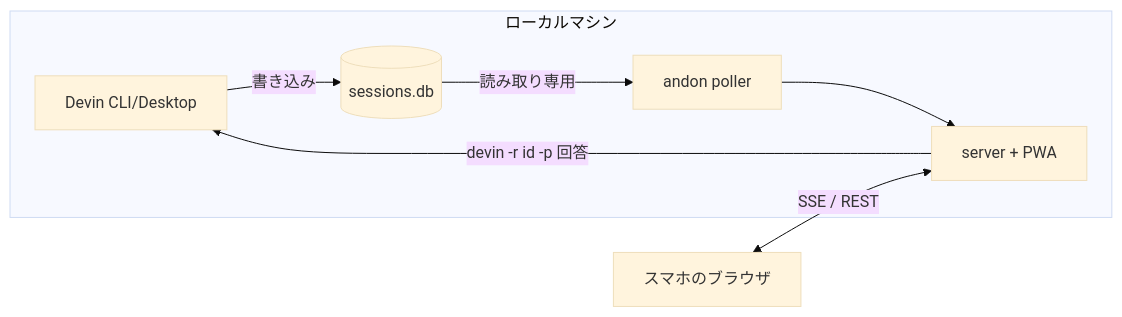
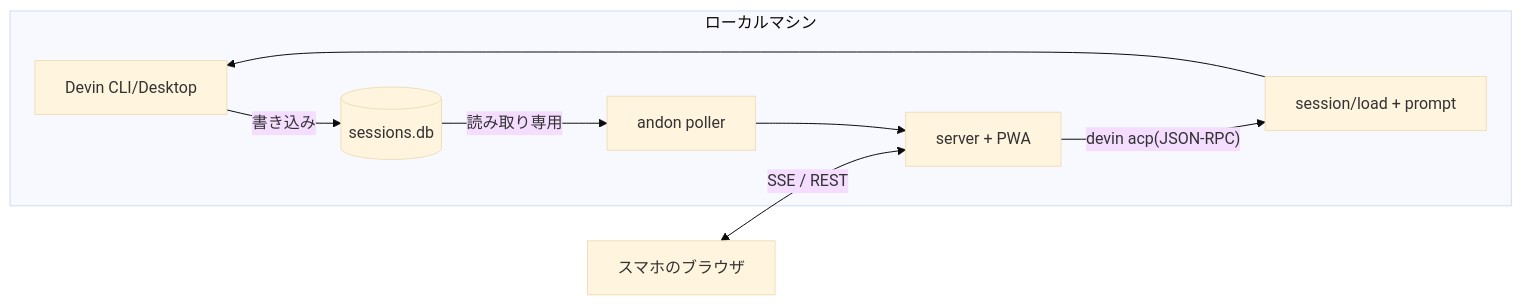
Before and after one commit to glatan/andon: the fifth of 5 diagrams in docs/usage.md, drawn with Mermaid (base theme). The commit also changed other lines of this file and 16 other files, not shown here.

First line of the commit message:
Add ACP adapter, PWA session launch, and PWA manifest

````diff
--- a/docs/usage.md
+++ b/docs/usage.md
@@ -163,10 +163,11 @@
 ```mermaid
 flowchart LR
     subgraph local[ローカルマシン]
         D[Devin CLI/Desktop] -->|書き込み| DB[(sessions.db)]
         DB -->|読み取り専用| P[andon poller]
         P --> SRV[server + PWA]
-        SRV -->|"devin -r id -p 回答"| D
+        SRV -->|"devin acp(JSON-RPC)"| ACP[session/load + prompt]
+        ACP --> D
     end
     PH[スマホのブラウザ] <-->|SSE / REST| SRV
 ```
````
